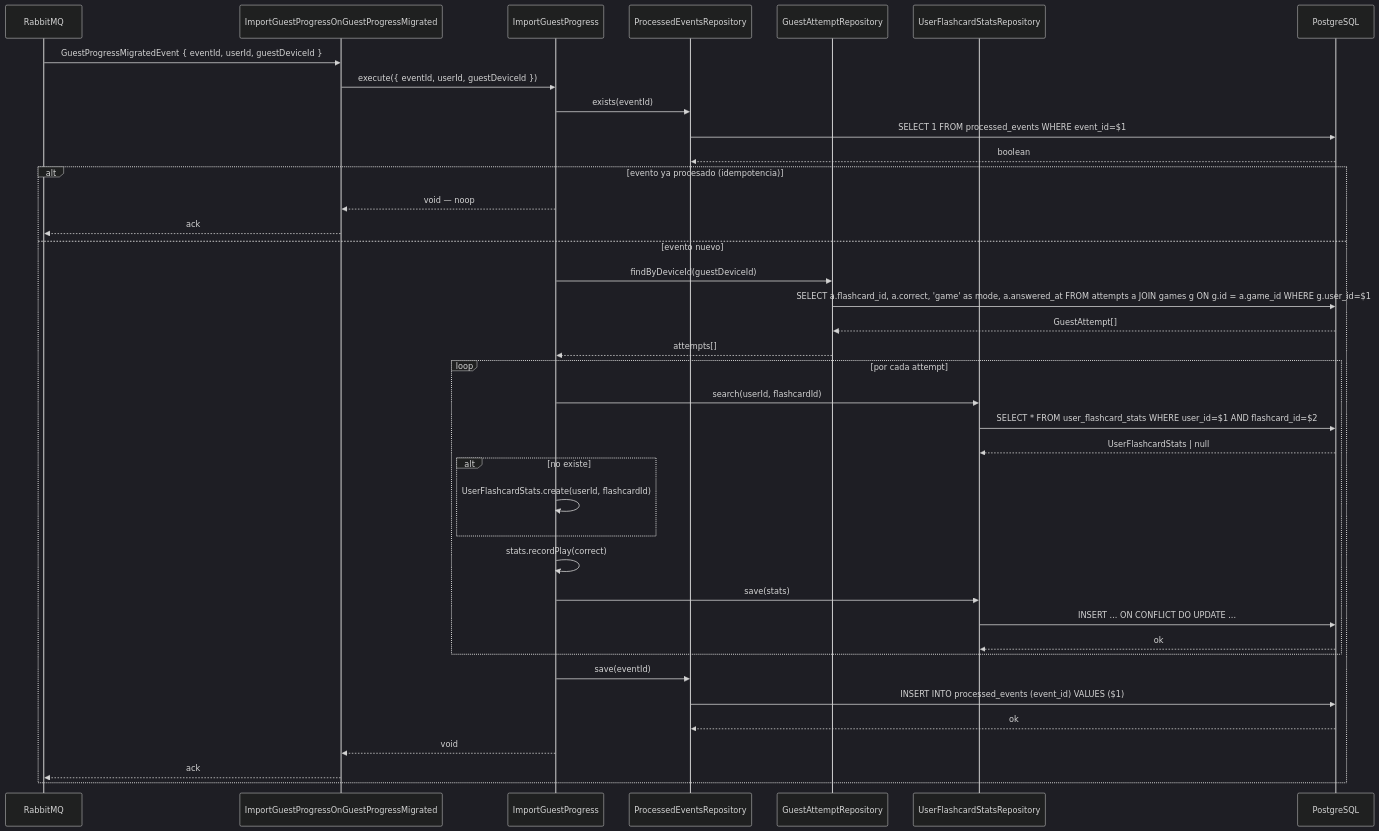
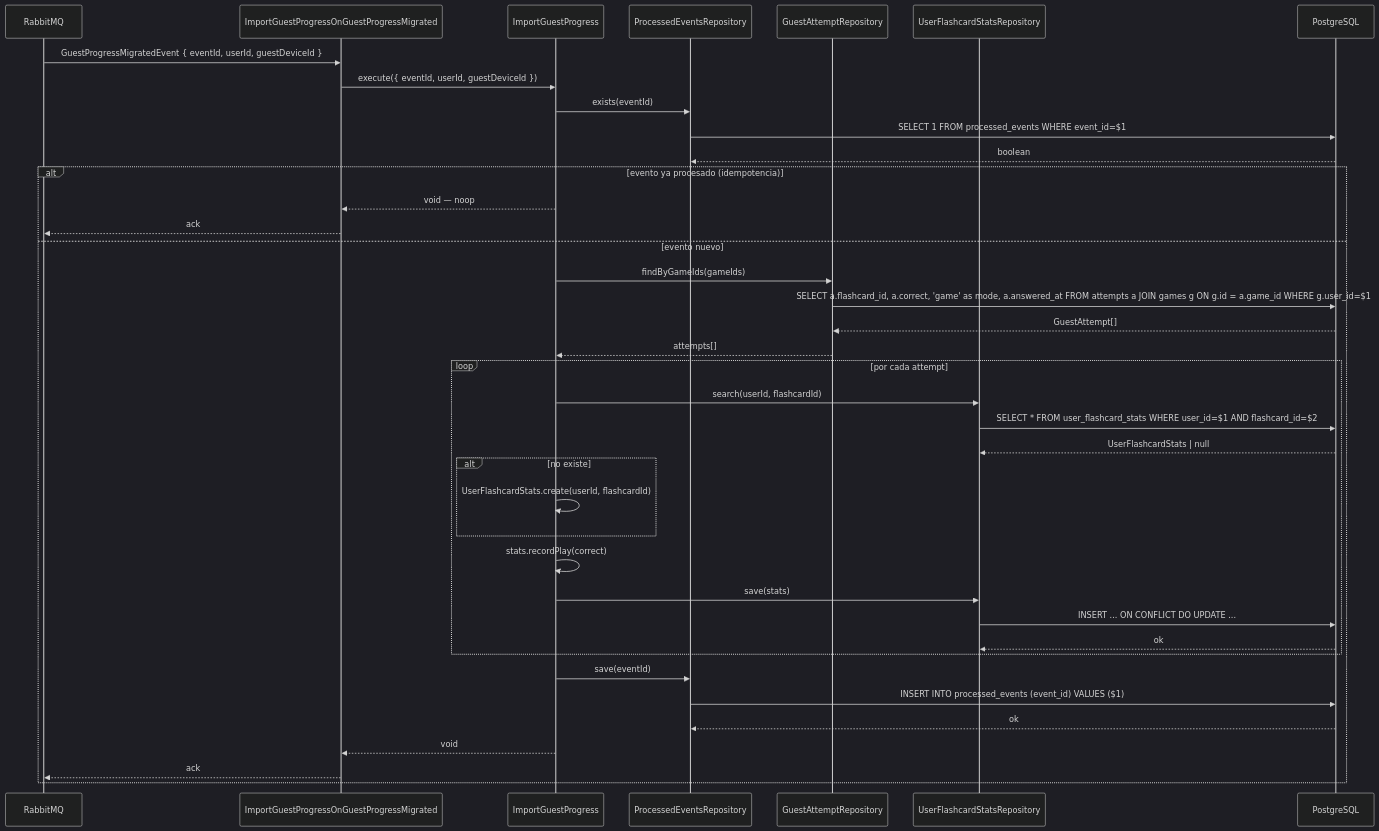
Before and after one commit to AbrahamVilchesDeLaCruz/ididntcatchthat: the diagram in docs/apps/api/progress/import-guest-progress/sequence.md, drawn with Mermaid (dark theme). The commit also changed 23 other files, not shown here.

````diff
--- a/docs/apps/api/progress/import-guest-progress/sequence.md
+++ b/docs/apps/api/progress/import-guest-progress/sequence.md
@@ -3,50 +3,50 @@
 ```mermaid
 sequenceDiagram
     participant AMQP as RabbitMQ
     participant S as ImportGuestProgressOnGuestProgressMigrated
     participant UC as ImportGuestProgress
     participant PE as ProcessedEventsRepository
     participant GA as GuestAttemptRepository
     participant SR as UserFlashcardStatsRepository
     participant DB as PostgreSQL
 
     AMQP->>S: GuestProgressMigratedEvent { eventId, userId, guestDeviceId }
 
     S->>UC: execute({ eventId, userId, guestDeviceId })
 
     UC->>PE: exists(eventId)
     PE->>DB: SELECT 1 FROM processed_events WHERE event_id=$1
     DB-->>PE: boolean
 
     alt evento ya procesado (idempotencia)
         UC-->>S: void — noop
         S-->>AMQP: ack
     else evento nuevo
-        UC->>GA: findByDeviceId(guestDeviceId)
+        UC->>GA: findByGameIds(gameIds)
         GA->>DB: SELECT a.flashcard_id, a.correct, 'game' as mode, a.answered_at FROM attempts a JOIN games g ON g.id = a.game_id WHERE g.user_id=$1
         DB-->>GA: GuestAttempt[]
         GA-->>UC: attempts[]
 
         loop por cada attempt
             UC->>SR: search(userId, flashcardId)
             SR->>DB: SELECT * FROM user_flashcard_stats WHERE user_id=$1 AND flashcard_id=$2
             DB-->>SR: UserFlashcardStats | null
 
             alt no existe
                 UC->>UC: UserFlashcardStats.create(userId, flashcardId)
             end
 
             UC->>UC: stats.recordPlay(correct)
             UC->>SR: save(stats)
             SR->>DB: INSERT ... ON CONFLICT DO UPDATE ...
             DB-->>SR: ok
         end
 
         UC->>PE: save(eventId)
         PE->>DB: INSERT INTO processed_events (event_id) VALUES ($1)
         DB-->>PE: ok
 
         UC-->>S: void
         S-->>AMQP: ack
     end
 ```
````
